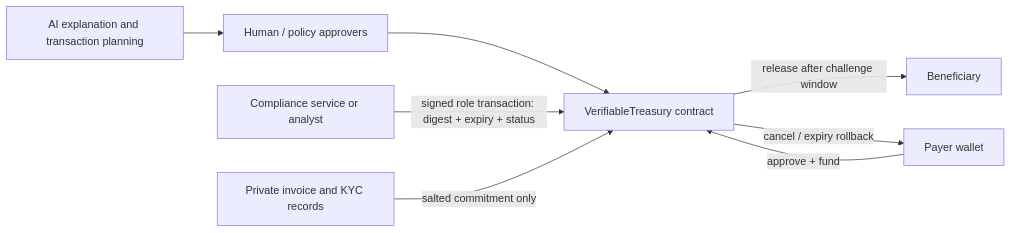
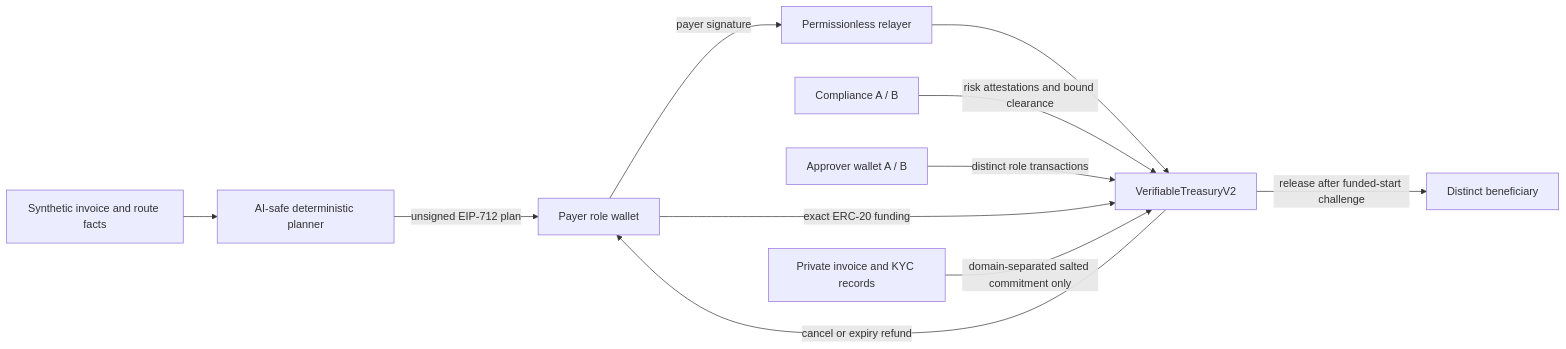
The first of 3 diagrams in docs/ARCHITECTURE.md (Oxygen56/verifiable-treasury-agent), drawn with Mermaid before and after one commit. The commit also changed other lines of this file and 62 other files, not shown here.

First line of the commit message:
Ship Verifiable Treasury Agent V2 proof (#1)

````diff
--- a/docs/ARCHITECTURE.md
+++ b/docs/ARCHITECTURE.md
@@ -5,10 +7,13 @@
 ```mermaid
 flowchart LR
-  A[AI explanation and transaction planning] --> B[Human / policy approvers]
-  B --> C[VerifiableTreasury contract]
-  D[Compliance service or analyst] -->|signed role transaction: digest + expiry + status| C
-  E[Payer wallet] -->|approve + fund| C
-  C -->|release after challenge window| F[Beneficiary]
-  C -->|cancel / expiry rollback| E
-  G[Private invoice and KYC records] -->|salted commitment only| C
+  I["Synthetic invoice and route facts"] --> A["AI-safe deterministic planner"]
+  A -->|"unsigned EIP-712 plan"| P["Payer role wallet"]
+  P -->|"payer signature"| R["Permissionless relayer"]
+  R --> C["VerifiableTreasuryV2"]
+  K["Compliance A / B"] -->|"risk attestations and bound clearance"| C
+  V["Approver wallet A / B"] -->|"distinct role transactions"| C
+  P -->|"exact ERC-20 funding"| C
+  C -->|"release after funded-start challenge"| B["Distinct beneficiary"]
+  C -->|"cancel or expiry refund"| P
+  D["Private invoice and KYC records"] -->|"domain-separated salted commitment only"| C
 ```
````
